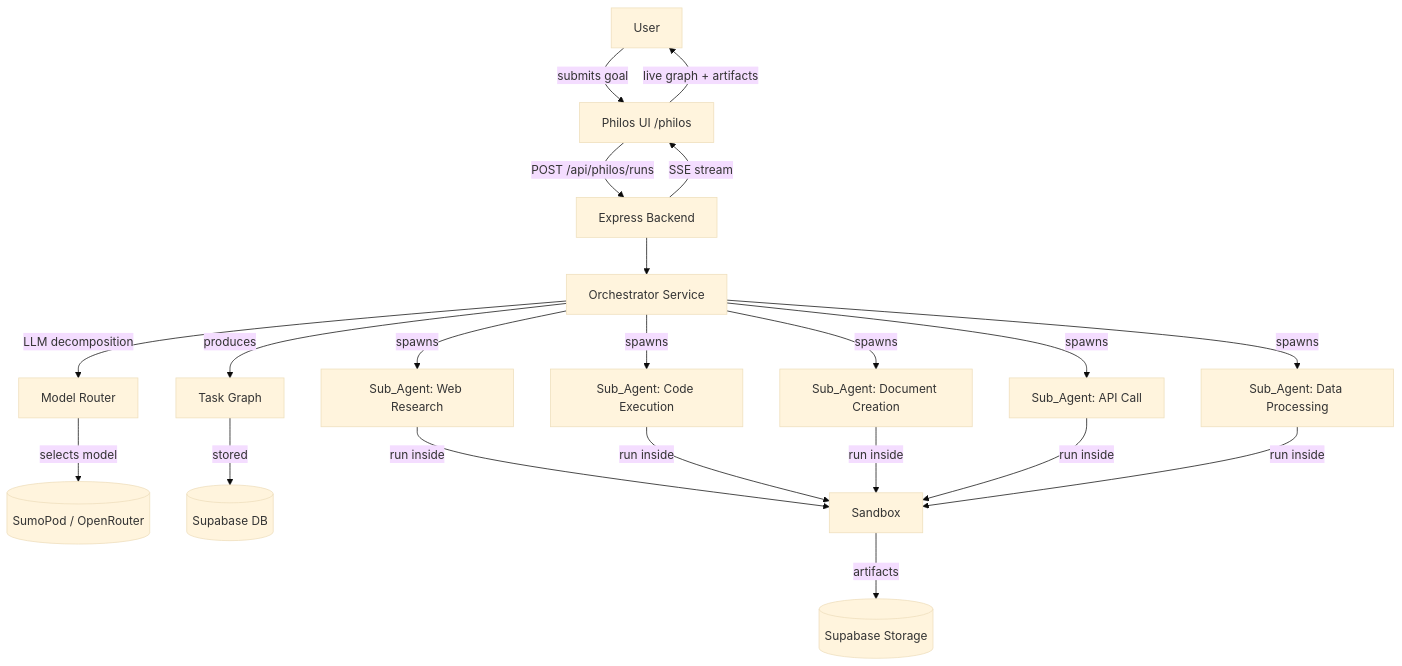
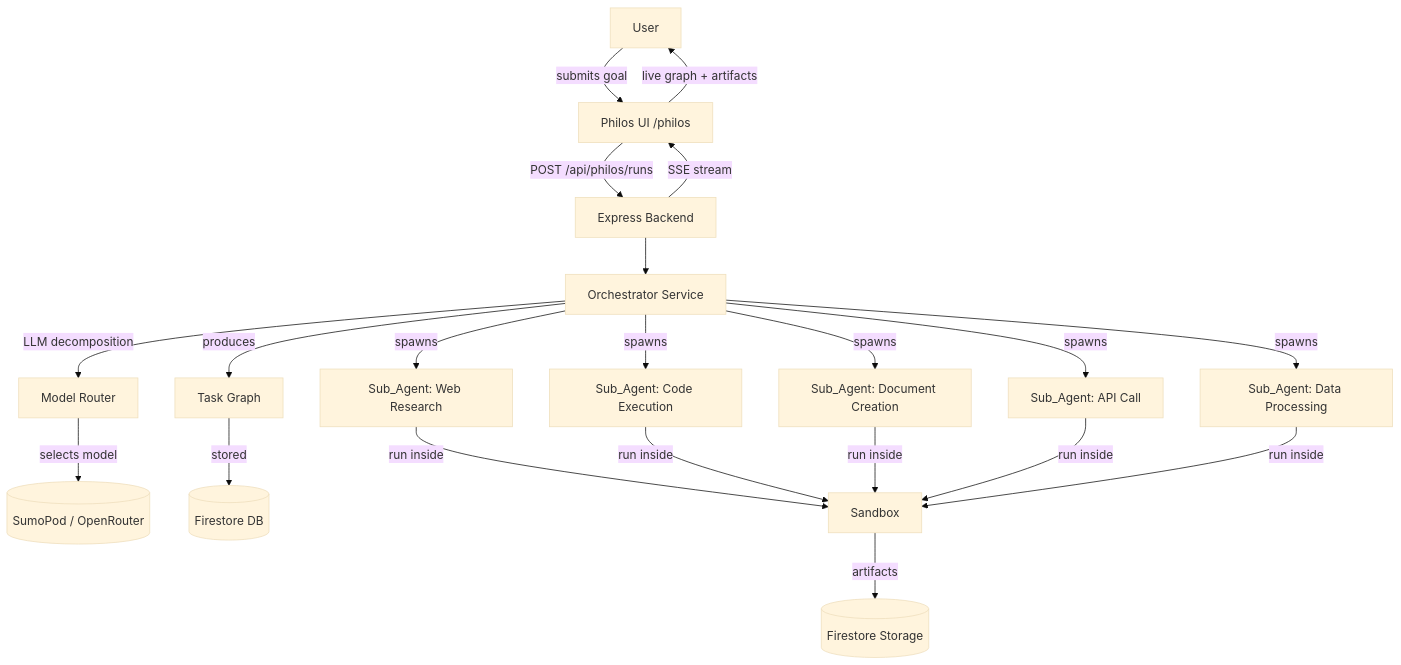
Before and after one commit to radzfoundation-gif/NEVRA_BETA: the diagram in .kiro/specs/noir-philos-agentic/design.md, drawn with Mermaid (base theme). The commit also changed other lines of this file and 62 other files, not shown here.

First line of the commit message:
Remove Turso and Supabase remnants after Firestore cutover

````diff
--- a/.kiro/specs/noir-philos-agentic/design.md
+++ b/.kiro/specs/noir-philos-agentic/design.md
@@ -15,19 +15,19 @@
 ```mermaid
 flowchart TD
     U[User] -->|submits goal| FE[Philos UI /philos]
     FE -->|POST /api/philos/runs| BE[Express Backend]
     BE --> ORCH[Orchestrator Service]
     ORCH -->|LLM decomposition| MR[Model Router]
     MR -->|selects model| LLM[(SumoPod / OpenRouter)]
     ORCH -->|produces| TG[Task Graph]
-    TG -->|stored| DB[(Supabase DB)]
+    TG -->|stored| DB[(Firestore DB)]
     ORCH -->|spawns| SA1[Sub_Agent: Web Research]
     ORCH -->|spawns| SA2[Sub_Agent: Code Execution]
     ORCH -->|spawns| SA3[Sub_Agent: Document Creation]
     ORCH -->|spawns| SA4[Sub_Agent: API Call]
     ORCH -->|spawns| SA5[Sub_Agent: Data Processing]
     SA1 & SA2 & SA3 & SA4 & SA5 -->|run inside| SBX[Sandbox]
-    SBX -->|artifacts| STOR[(Supabase Storage)]
+    SBX -->|artifacts| STOR[(Firestore Storage)]
     BE -->|SSE stream| FE
     FE -->|live graph + artifacts| U
 ```
````
